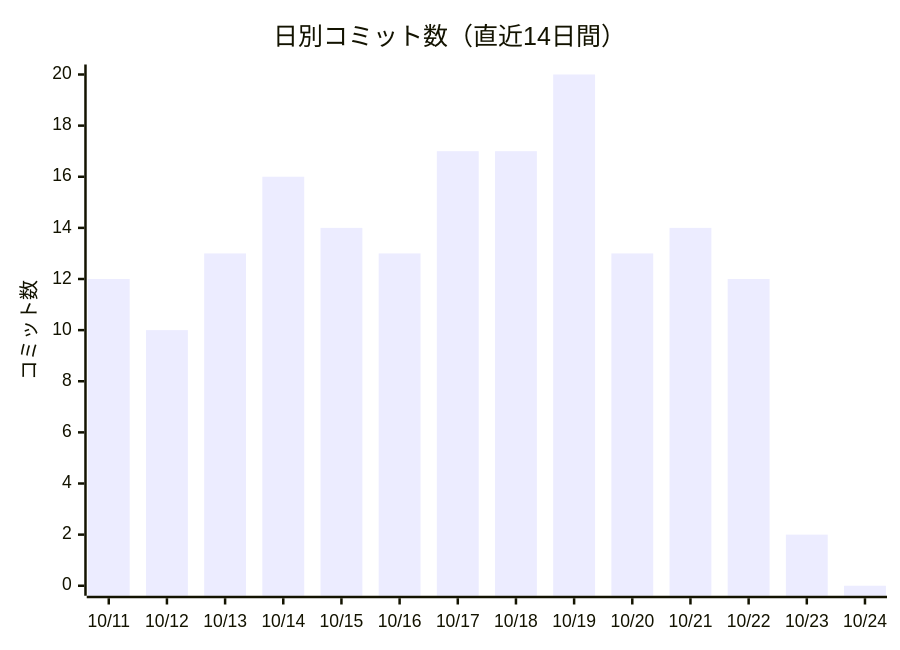
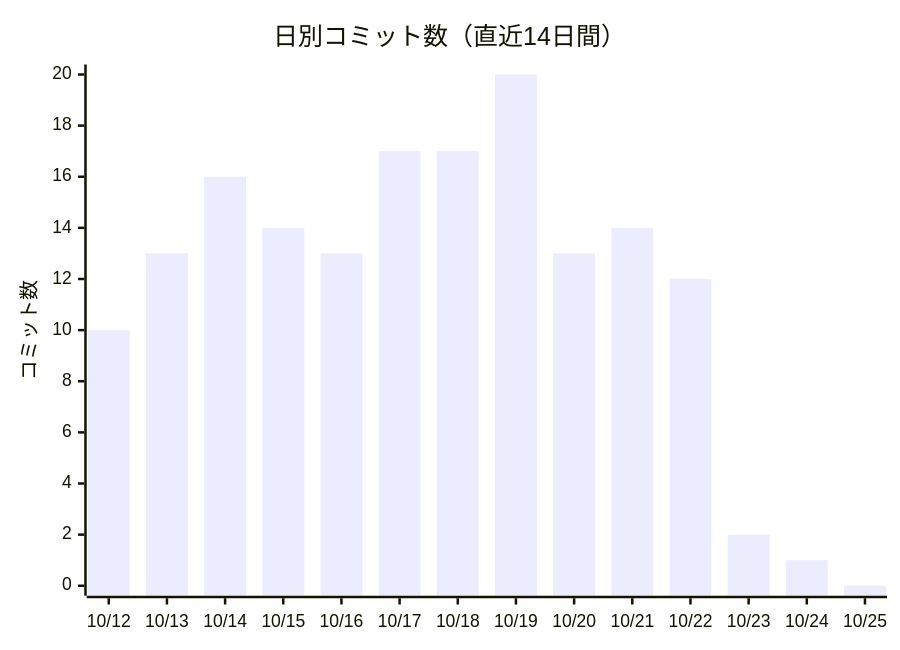
One commit to non-x2/non-x2 changed the first of 2 diagrams in docs/進化レポート.md. Above: the diagram before and after it, drawn with Mermaid. The commit also changed other lines of this file and 2 other files, not shown here.

````diff
--- a/docs/進化レポート.md
+++ b/docs/進化レポート.md
@@ -23,7 +23,7 @@
 ```mermaid
 xychart-beta
     title "日別コミット数（直近14日間）"
-    x-axis ["10/11", "10/12", "10/13", "10/14", "10/15", "10/16", "10/17", "10/18", "10/19", "10/20", "10/21", "10/22", "10/23", "10/24"]
+    x-axis ["10/12", "10/13", "10/14", "10/15", "10/16", "10/17", "10/18", "10/19", "10/20", "10/21", "10/22", "10/23", "10/24", "10/25"]
     y-axis "コミット数"
-    bar [12, 10, 13, 16, 14, 13, 17, 17, 20, 13, 14, 12, 2, 0]
+    bar [10, 13, 16, 14, 13, 17, 17, 20, 13, 14, 12, 2, 1, 0]
 ```
````
